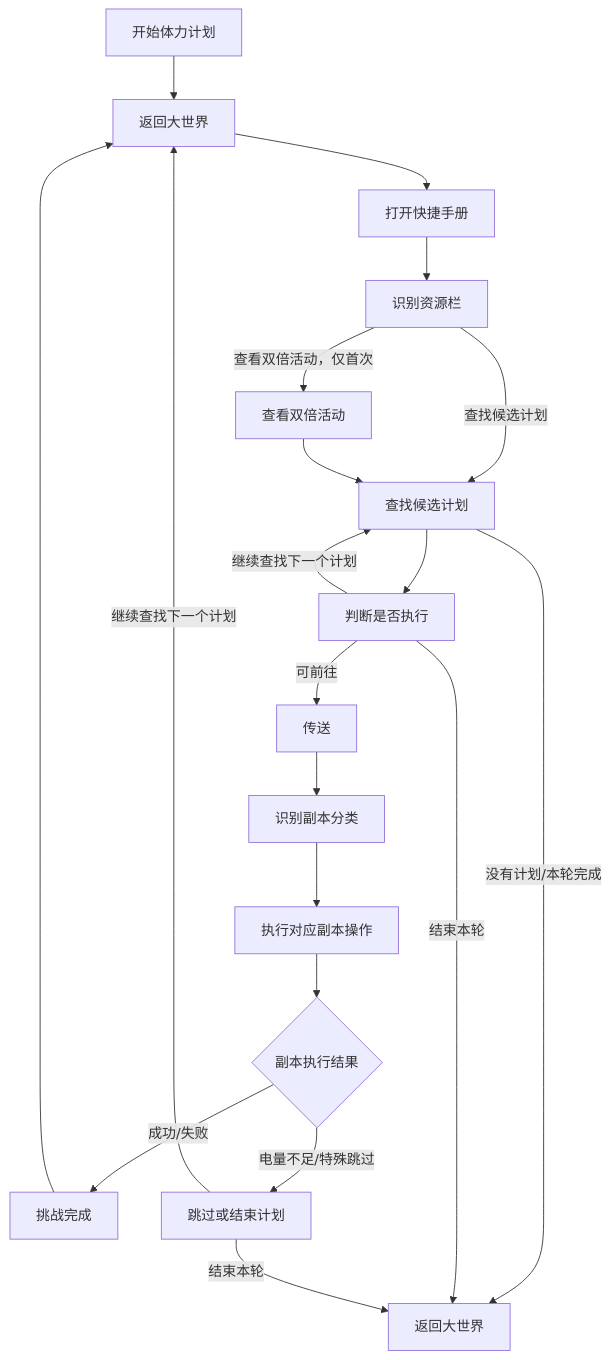
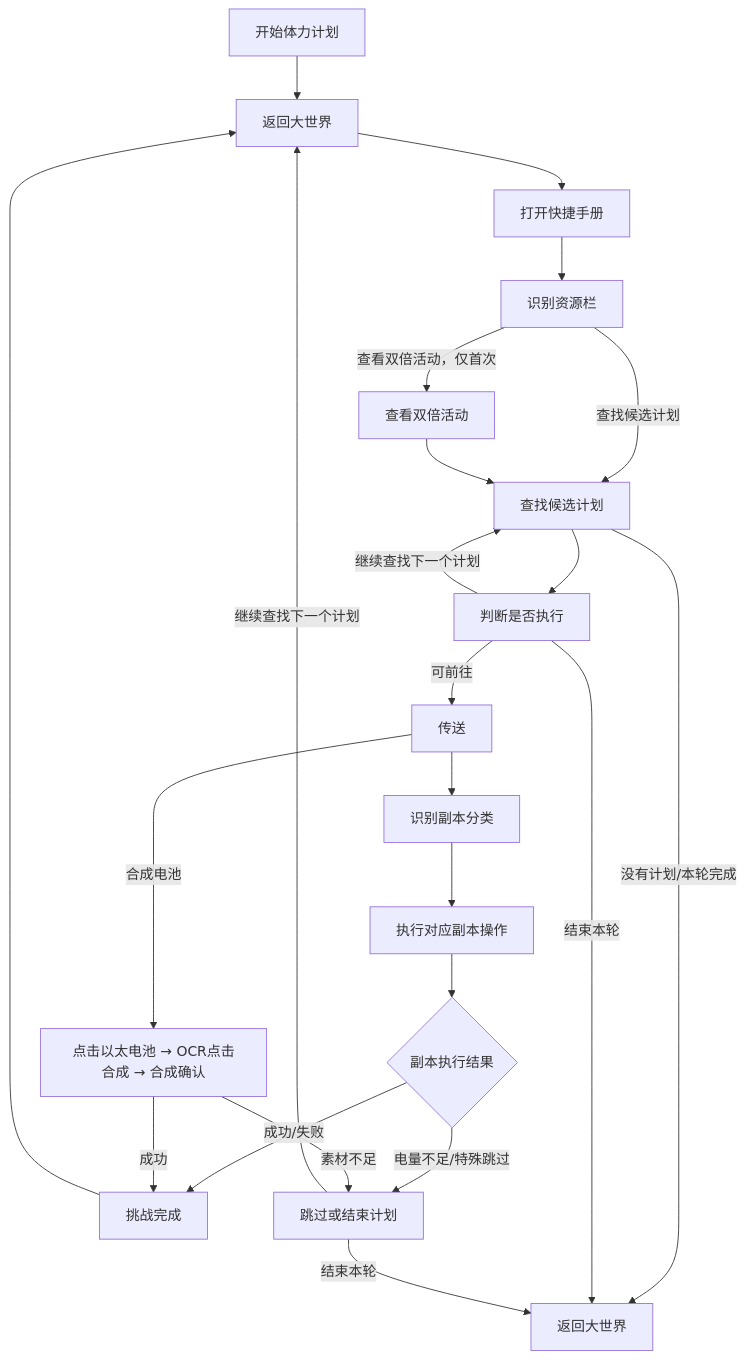
One commit to Usagi-wusaqi/ZenlessZoneZero-OneDragon changed the diagram in docs/develop/zzz/application/charge_plan.md. Above: the diagram before and after it, drawn with Mermaid. The commit also changed other lines of this file and 21 other files, not shown here.

````diff
--- a/docs/develop/zzz/application/charge_plan.md
+++ b/docs/develop/zzz/application/charge_plan.md
@@ -188,22 +192,25 @@
 ```mermaid
 graph TD
     A["开始体力计划"] --> B0["返回大世界"]
     B0 --> B["打开快捷手册"]
     B --> C["识别资源栏"]
     C -->|查看双倍活动，仅首次| C2["查看双倍活动"]
     C -->|查找候选计划| D["查找候选计划"]
     C2 --> D
     D --> E["判断是否执行"]
     D -->|没有计划/本轮完成| J["返回大世界"]
     E -->|可前往| H["传送"]
     E -->|继续查找下一个计划| D
     E -->|结束本轮| J
+    H -->|合成电池| EB["点击以太电池 → OCR点击合成 → 合成确认"]
     H --> K["识别副本分类"]
     K --> L["执行对应副本操作"]
     L --> M{"副本执行结果"}
     M -->|成功/失败| N["挑战完成"]
     M -->|电量不足/特殊跳过| Q["跳过或结束计划"]
+    EB -->|成功| N
+    EB -->|素材不足| Q
     N --> B0
     Q -->|继续查找下一个计划| B0
     Q -->|结束本轮| J
 ```
````
